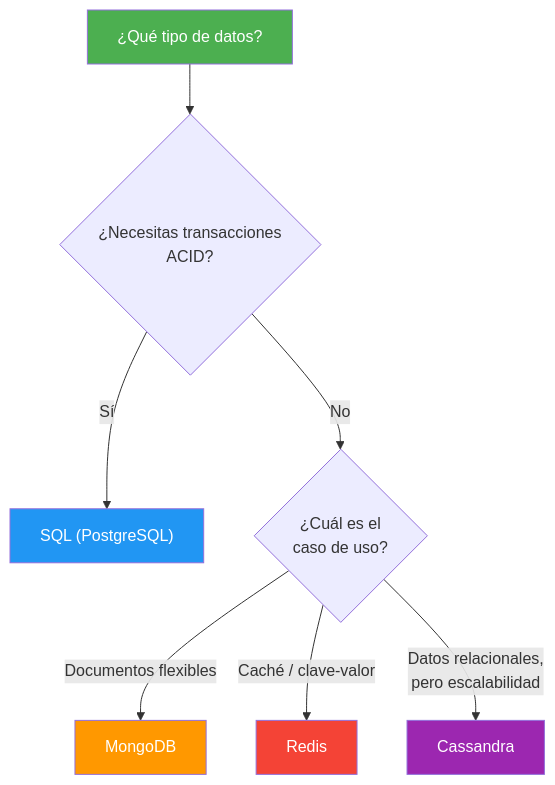
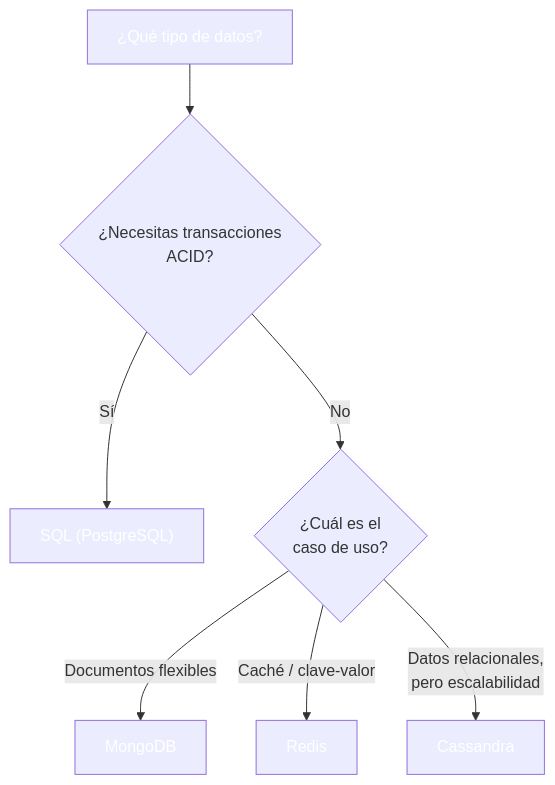
One commit to joseluisgs/DesarrolloWebEntornosServidor-01-2026-2027 changed the first of 14 diagrams in 21-sql-nosql.md. Above: the diagram before and after it, drawn with Mermaid. The commit also changed other lines of this file and 66 other files, not shown here.

First line of the commit message:
fix: normalizar titulos al castellano de frase y corregir la paleta de mermaid

````diff
--- a/21-sql-nosql.md
+++ b/21-sql-nosql.md
@@ -42,16 +42,16 @@
 ```mermaid
 graph TD
     A["¿Qué tipo de datos?"] --> B{"¿Necesitas transacciones<br/>ACID?"}
     B -->|"Sí"| C["SQL (PostgreSQL)"]
     B -->|"No"| D{"¿Cuál es el<br/>caso de uso?"}
 
     D -->|"Documentos flexibles"| E["MongoDB"]
     D -->|"Caché / clave-valor"| F["Redis"]
     D -->|"Datos relacionales,<br/>pero escalabilidad"| G["Cassandra"]
 
-    style A fill:#4CAF50,color:#fff
-    style C fill:#2196F3,color:#fff
-    style E fill:#FF9800,color:#fff
-    style F fill:#f44336,color:#fff
-    style G fill:#9C27B0,color:#fff
+    style A fill:#4CAF5,color:#fff0,color:#fff
+    style C fill:#2196F,color:#fff3,color:#fff
+    style E fill:#FF980,color:#fff0,color:#fff
+    style F fill:#f4433,color:#fff6,color:#fff
+    style G fill:#9C27B,color:#fff0,color:#fff
 ```
````
